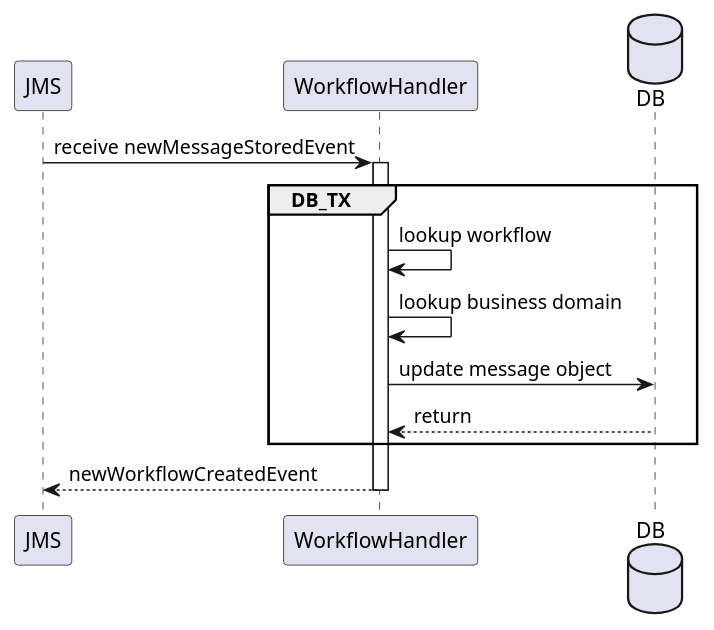
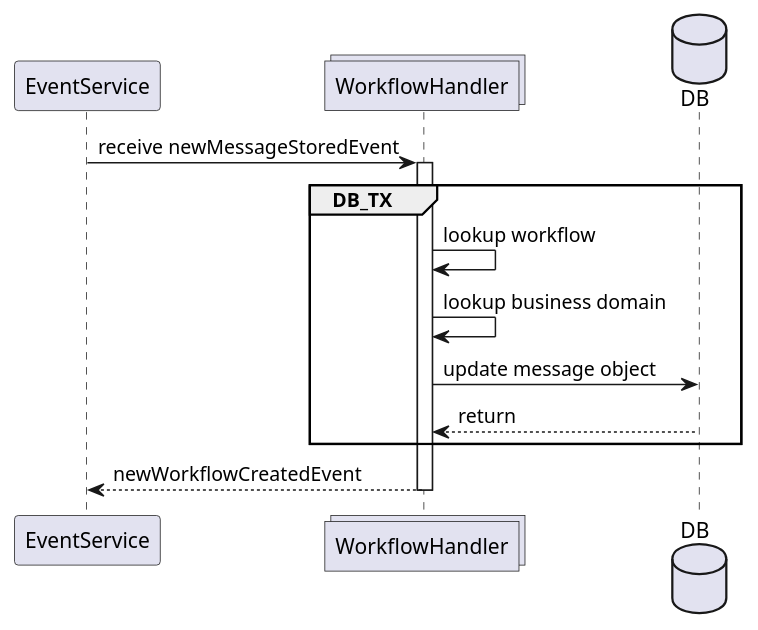
The second of 2 diagrams in domibusConnector/domibusConnectorDocumentation/src/asciidoc/doc/architecture/connector5/flows/level1/l1_lookup_workflow_business_domain.adoc (muell16/domibusConnector), drawn with PlantUML before and after one commit. The commit also changed other lines of this file and 14 other files, not shown here.

```diff
--- a/domibusConnector/domibusConnectorDocumentation/src/asciidoc/doc/architecture/connector5/flows/level1/l1_lookup_workflow_business_domain.adoc
+++ b/domibusConnector/domibusConnectorDocumentation/src/asciidoc/doc/architecture/connector5/flows/level1/l1_lookup_workflow_business_domain.adoc
@@ -49,29 +51,25 @@
-[plantuml,process_message,format=svg]
+[plantuml,lookup_business_workflow_sequence_diagram,format=svg]
 ----
 @startuml
 
-participant JMS
+participant EventService
 
-participant WorkflowHandler
-
-'collections LinkModule
-'collections WorkflowModule
-'collections PersistenceModule
+collections WorkflowHandler
 
 database DB
 
-JMS -> WorkflowHandler++: receive newMessageStoredEvent
+EventService -> WorkflowHandler++: receive newMessageStoredEvent
 
 group DB_TX
 WorkflowHandler -> WorkflowHandler: lookup workflow
 
 WorkflowHandler -> WorkflowHandler: lookup business domain
 
 WorkflowHandler -> DB: update message object
 DB --> WorkflowHandler: return
 end
 
-WorkflowHandler --> JMS --: newWorkflowCreatedEvent
+WorkflowHandler --> EventService --: newWorkflowCreatedEvent
 
 @enduml
 ----
```
